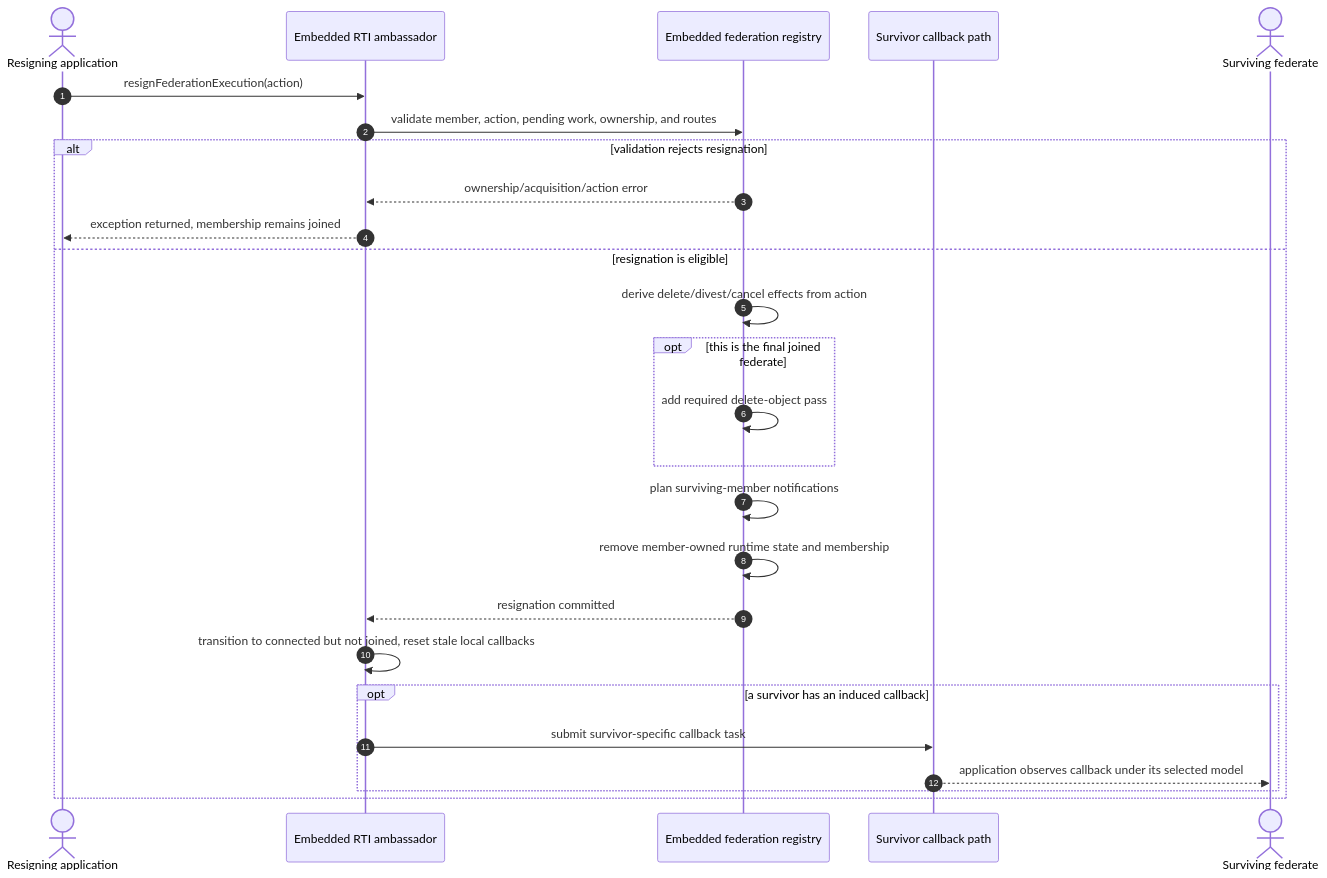
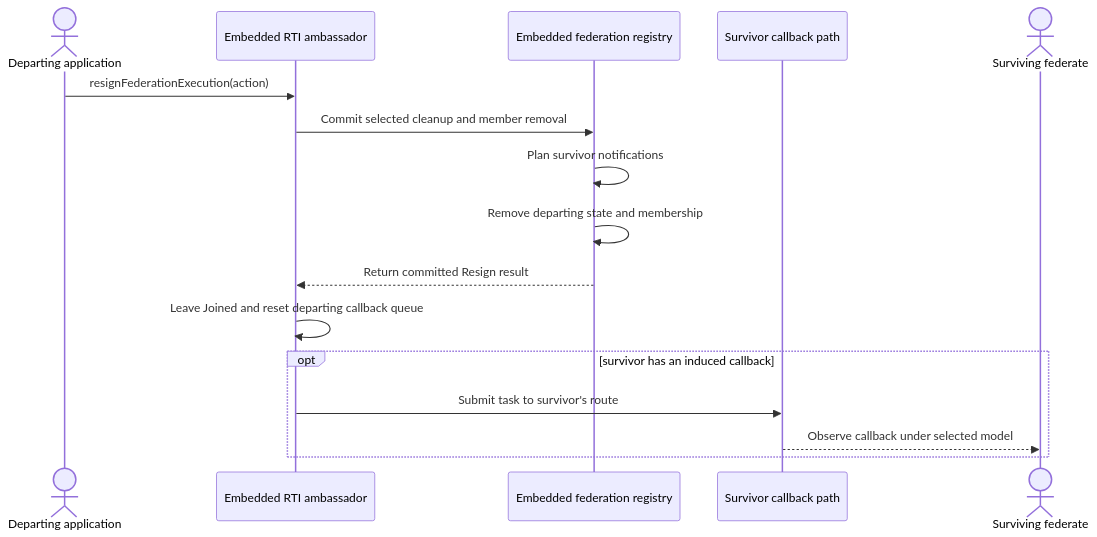
Diagram 21 of 31 in docs/design/HLA-2025-FEDERATION-AND-FEDERATE-LIFECYCLE-FLOW-GUIDE.md (sheepfling/umbra), drawn with Mermaid before and after one commit. The commit also changed other lines of this file and 39 other files, not shown here.

Commit message:
Document IEEE 1516.1-2025 behavior flows

````diff
--- a/docs/design/HLA-2025-FEDERATION-AND-FEDERATE-LIFECYCLE-FLOW-GUIDE.md
+++ b/docs/design/HLA-2025-FEDERATION-AND-FEDERATE-LIFECYCLE-FLOW-GUIDE.md
@@ -513,29 +1301,19 @@
 ```mermaid
 sequenceDiagram
-  autonumber
-  actor Member as Resigning application
+  actor Member as Departing application
   participant RTI as Embedded RTI ambassador
   participant Registry as Embedded federation registry
   participant CallbackPath as Survivor callback path
   actor Survivor as Surviving federate
 
   Member->>RTI: resignFederationExecution(action)
-  RTI->>Registry: validate member, action, pending work, ownership, and routes
-  alt validation rejects resignation
-    Registry-->>RTI: ownership/acquisition/action error
-    RTI-->>Member: exception returned, membership remains joined
-  else resignation is eligible
-    Registry->>Registry: derive delete/divest/cancel effects from action
-    opt this is the final joined federate
-      Registry->>Registry: add required delete-object pass
-    end
-    Registry->>Registry: plan surviving-member notifications
-    Registry->>Registry: remove member-owned runtime state and membership
-    Registry-->>RTI: resignation committed
-    RTI->>RTI: transition to connected but not joined, reset stale local callbacks
-    opt a survivor has an induced callback
-      RTI->>CallbackPath: submit survivor-specific callback task
-      CallbackPath-->>Survivor: application observes callback under its selected model
-    end
+  RTI->>Registry: Commit selected cleanup and member removal
+  Registry->>Registry: Plan survivor notifications
+  Registry->>Registry: Remove departing state and membership
+  Registry-->>RTI: Return committed Resign result
+  RTI->>RTI: Leave Joined and reset departing callback queue
+  opt survivor has an induced callback
+    RTI->>CallbackPath: Submit task to survivor's route
+    CallbackPath-->>Survivor: Observe callback under selected model
   end
 ```
````
